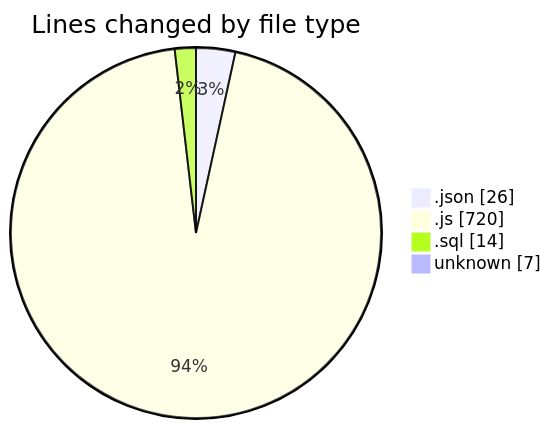
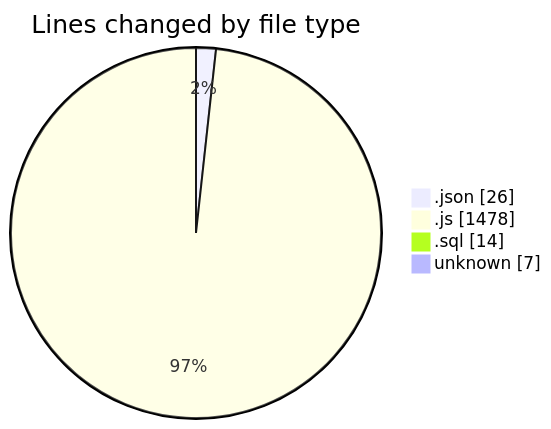
The first of 2 diagrams in 2025-09-10/cashcalc/README.md (nxtqubesakshisongat/code-tracking), drawn with Mermaid before and after one commit. The commit also changed other lines of this file and 1 other file, not shown here.

````diff
--- a/2025-09-10/cashcalc/README.md
+++ b/2025-09-10/cashcalc/README.md
@@ -33,8 +34,8 @@
 ```mermaid
 pie showData
 title Lines changed by file type
 ".json" : 26
-".js" : 720
+".js" : 1478
 ".sql" : 14
 "unknown" : 7
 ```
````
